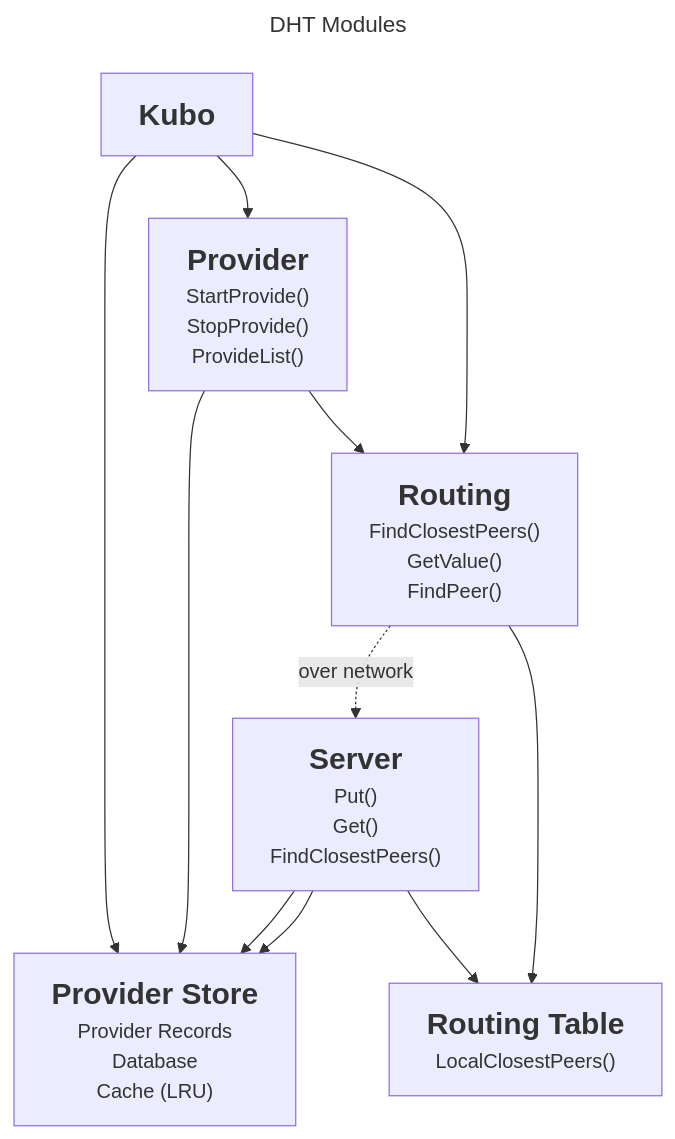
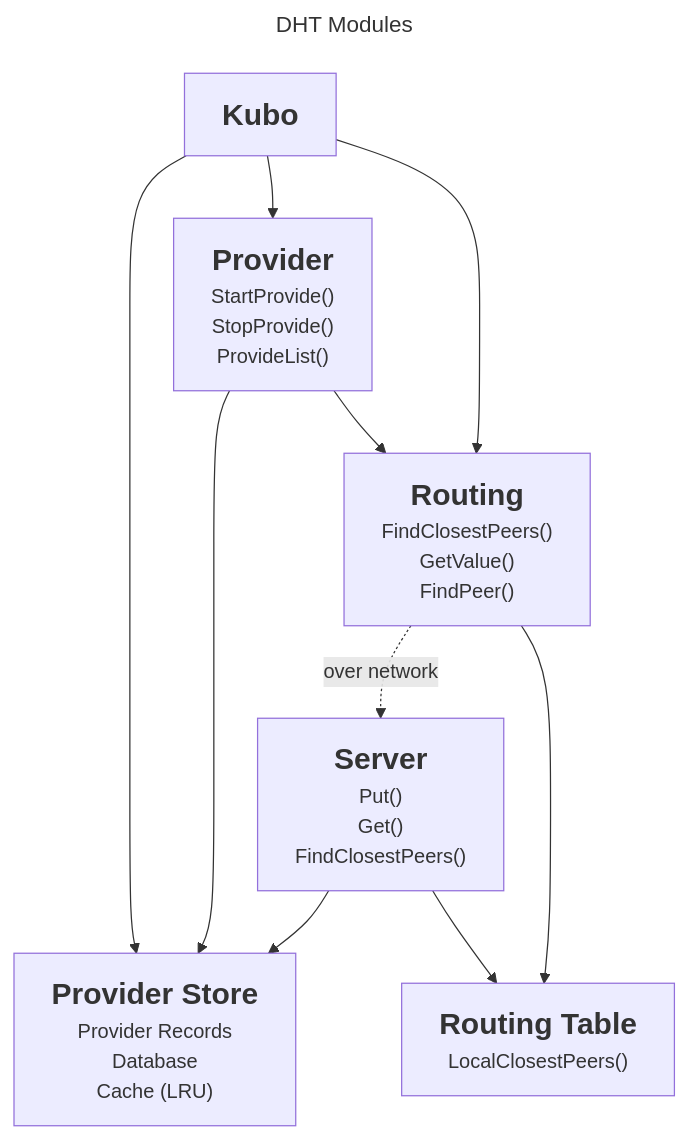
The second of 2 diagrams in design/README.md (guillaumemichel/go-libp2p-kad-dht), drawn with Mermaid before and after one commit. The commit also changed other lines of this file, not shown here.

````diff
--- a/design/README.md
+++ b/design/README.md
@@ -102,16 +102,15 @@
 ```mermaid
 ---
 title: DHT Modules
 ---
 flowchart TD
     K["<font size=5><b>Kubo</b></font>"] --> P["<font size=5><b>Provider</b></font><br>StartProvide()<br>StopProvide()<br>ProvideList()"]
     K --> PS["<font size=5><b>Provider Store</b></font><br>Provider Records<br>Database<br>Cache (LRU)"]
     P --> PS
     P --> R
     K --> R["<font size=5><b>Routing</b></font><br>FindClosestPeers()<br>GetValue()<br>FindPeer()"]
     S["<font size=5><b>Server</b></font><br>Put()<br>Get()<br>FindClosestPeers()"] --> PS
     R -.->|over network| S
-    S --> PS
     S --> RT["<font size=5><b>Routing Table</b></font><br>LocalClosestPeers()"]
     R --> RT
 ```
````
